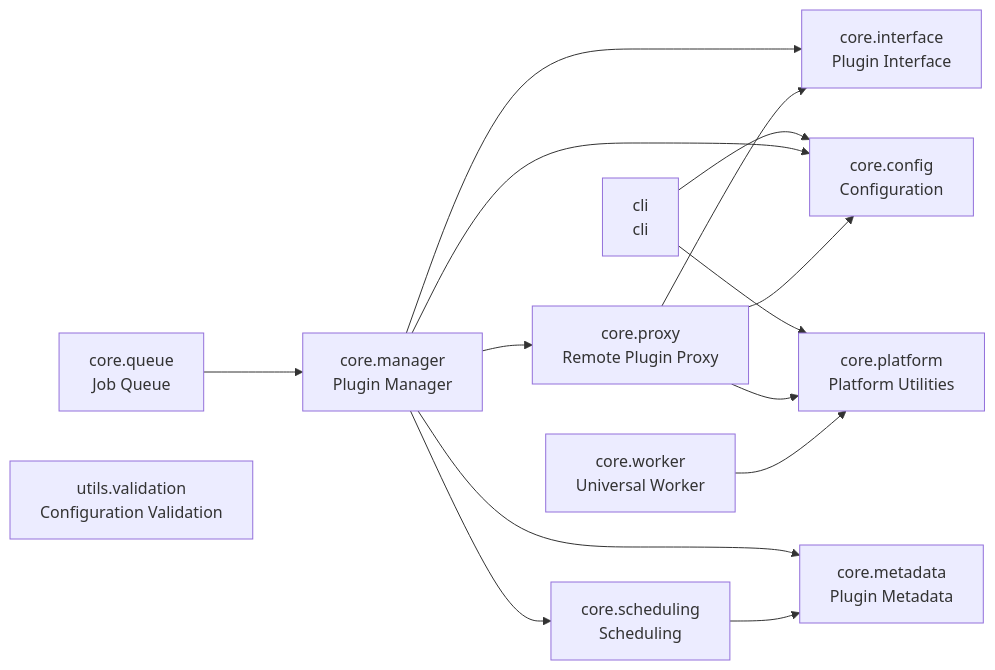
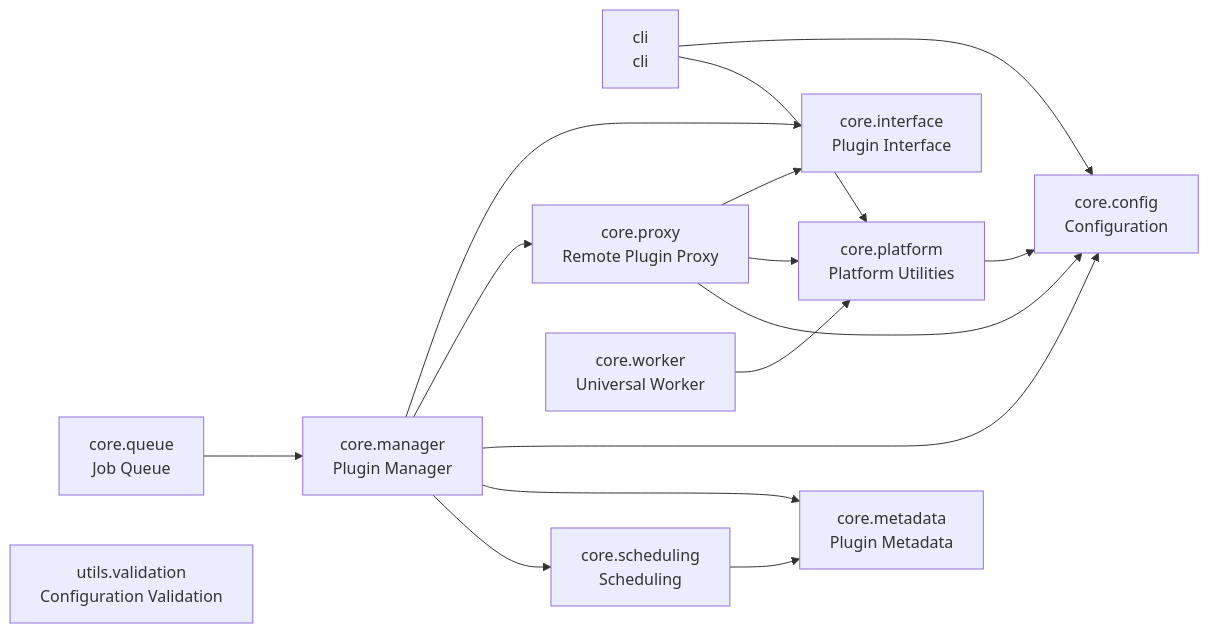
One commit to cj-mills/cjm-plugin-system changed the diagram in README.md. Above: the diagram before and after it, drawn with Mermaid. The commit also changed other lines of this file and 11 other files, not shown here.

````diff
--- a/README.md
+++ b/README.md
@@ -33,28 +33,29 @@
 ``` mermaid
 graph LR
     cli[cli<br/>cli]
     core_config[core.config<br/>Configuration]
     core_interface[core.interface<br/>Plugin Interface]
     core_manager[core.manager<br/>Plugin Manager]
     core_metadata[core.metadata<br/>Plugin Metadata]
     core_platform[core.platform<br/>Platform Utilities]
     core_proxy[core.proxy<br/>Remote Plugin Proxy]
     core_queue[core.queue<br/>Job Queue]
     core_scheduling[core.scheduling<br/>Scheduling]
     core_worker[core.worker<br/>Universal Worker]
     utils_validation[utils.validation<br/>Configuration Validation]
 
     cli --> core_platform
     cli --> core_config
-    core_manager --> core_proxy
     core_manager --> core_scheduling
-    core_manager --> core_interface
     core_manager --> core_metadata
     core_manager --> core_config
-    core_proxy --> core_interface
+    core_manager --> core_proxy
+    core_manager --> core_interface
+    core_platform --> core_config
     core_proxy --> core_config
     core_proxy --> core_platform
+    core_proxy --> core_interface
     core_queue --> core_manager
     core_scheduling --> core_metadata
     core_worker --> core_platform
 ```
````
